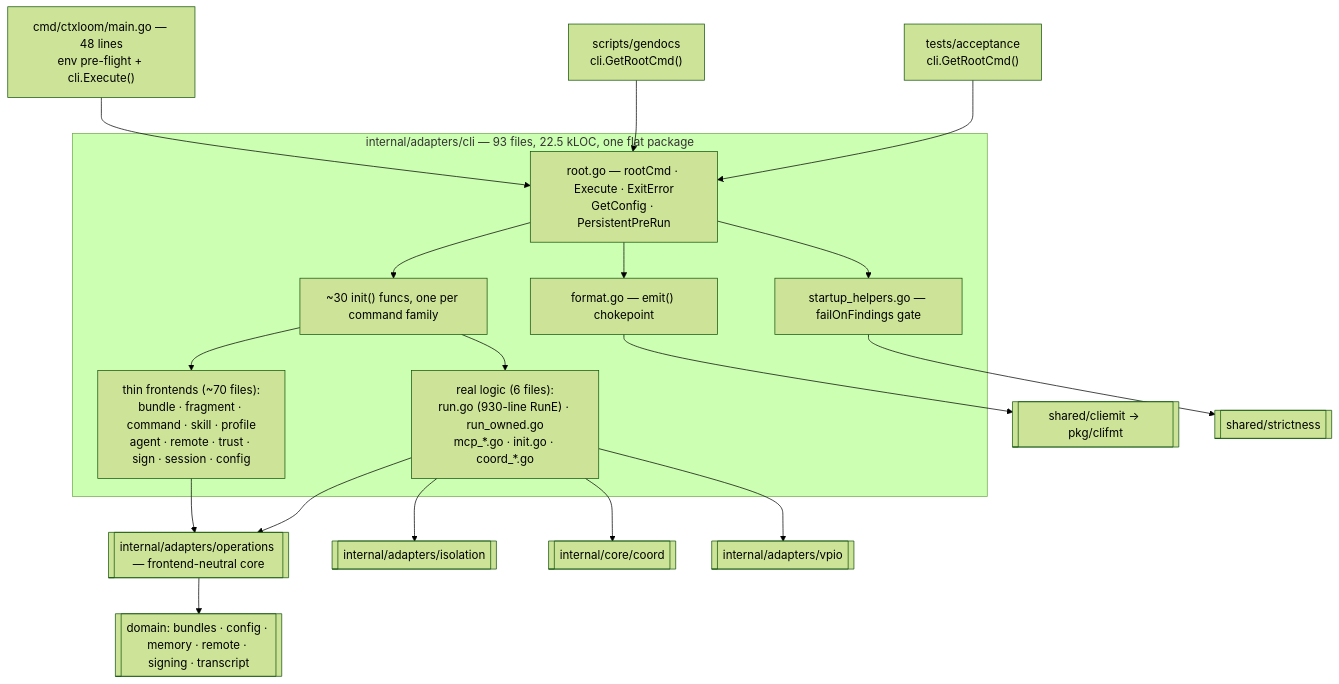
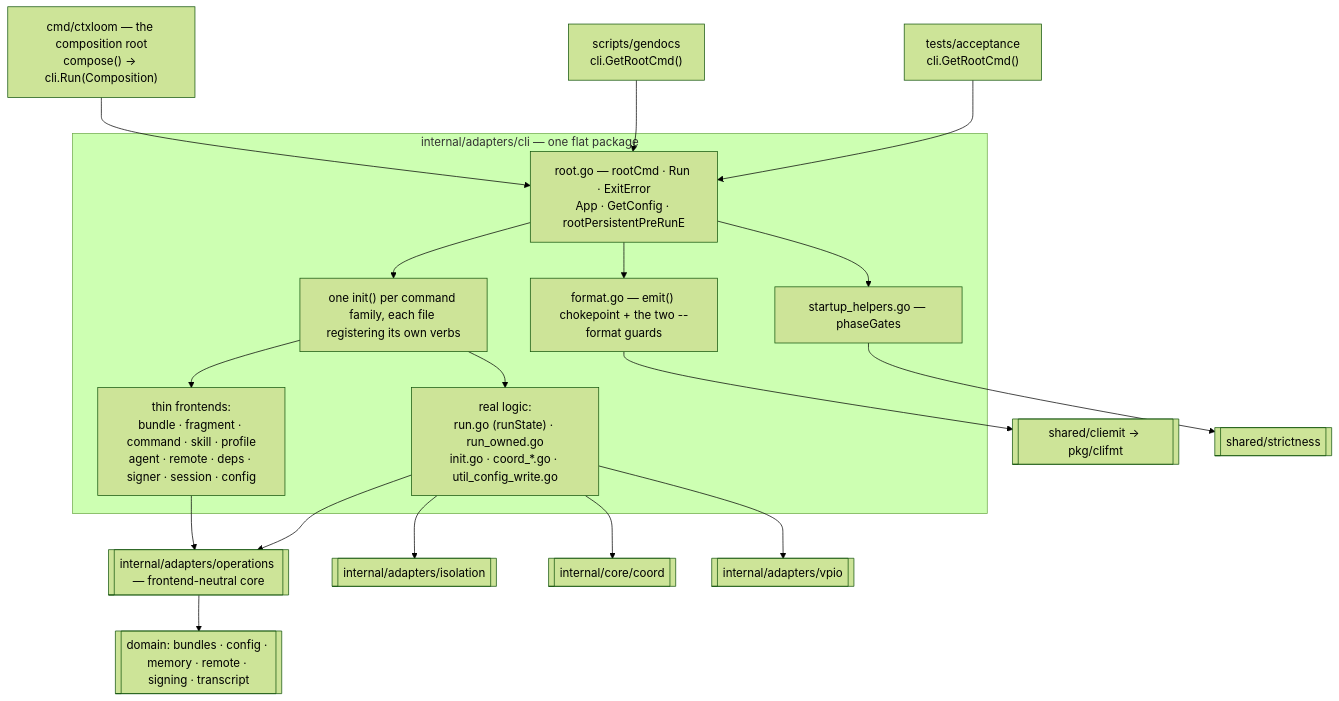
The diagram in docs/architecture/cli/README.md (ctxloom/ctxloom), drawn with Mermaid (forest theme) before and after one commit. The commit also changed other lines of this file, not shown here.

First line of the commit message:
docs(architecture): cli README drops its file:line censuses

````diff
--- a/docs/architecture/cli/README.md
+++ b/docs/architecture/cli/README.md
@@ -18,28 +17,28 @@
 ```mermaid
 flowchart TD
-    MAIN["cmd/ctxloom/main.go — 48 lines<br/>env pre-flight + cli.Execute()"]
+    MAIN["cmd/ctxloom — the composition root<br/>compose() → cli.Run(Composition)"]
     GD["scripts/gendocs<br/>cli.GetRootCmd()"]
     ACC["tests/acceptance<br/>cli.GetRootCmd()"]
 
     MAIN --> ROOT
     GD --> ROOT
     ACC --> ROOT
 
-    subgraph cli["internal/adapters/cli — 93 files, 22.5 kLOC, one flat package"]
-        ROOT["root.go — rootCmd · Execute · ExitError<br/>GetConfig · PersistentPreRun"]
-        ROOT --> FMT["format.go — emit() chokepoint"]
-        ROOT --> SH["startup_helpers.go — failOnFindings gate"]
-        ROOT --> CMDS["~30 init() funcs, one per command family"]
-        CMDS --> THIN["thin frontends (~70 files):<br/>bundle · fragment · command · skill · profile<br/>agent · remote · trust · sign · session · config"]
-        CMDS --> THICK["real logic (6 files):<br/>run.go (930-line RunE) · run_owned.go<br/>mcp_*.go · init.go · coord_*.go"]
+    subgraph cli["internal/adapters/cli — one flat package"]
+        ROOT["root.go — rootCmd · Run · ExitError<br/>App · GetConfig · rootPersistentPreRunE"]
+        ROOT --> FMT["format.go — emit() chokepoint + the two --format guards"]
+        ROOT --> SH["startup_helpers.go — phaseGates"]
+        ROOT --> CMDS["one init() per command family, each file registering its own verbs"]
+        CMDS --> THIN["thin frontends:<br/>bundle · fragment · command · skill · profile<br/>agent · remote · deps · signer · session · config"]
+        CMDS --> THICK["real logic:<br/>run.go (runState) · run_owned.go<br/>init.go · coord_*.go · util_config_write.go"]
     end
 
     THIN --> OPS[["internal/adapters/operations — frontend-neutral core"]]
     THICK --> OPS
     THICK --> ISO[["internal/adapters/isolation"]]
     THICK --> COORD[["internal/core/coord"]]
     THICK --> VPIO[["internal/adapters/vpio"]]
     OPS --> DOM[["domain: bundles · config · memory · remote · signing · transcript"]]
     FMT --> CE[["shared/cliemit → pkg/clifmt"]]
     SH --> STR[["shared/strictness"]]
 ```
````
